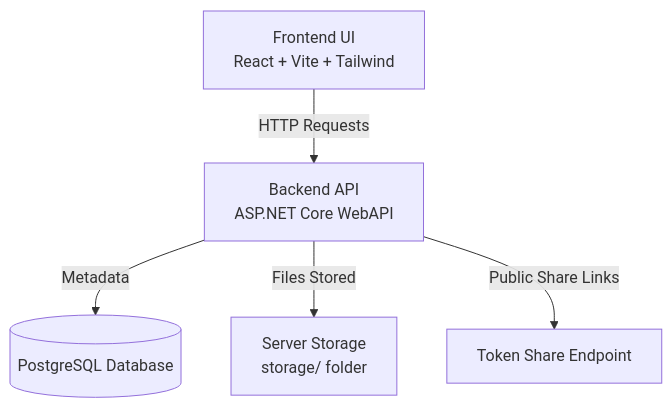
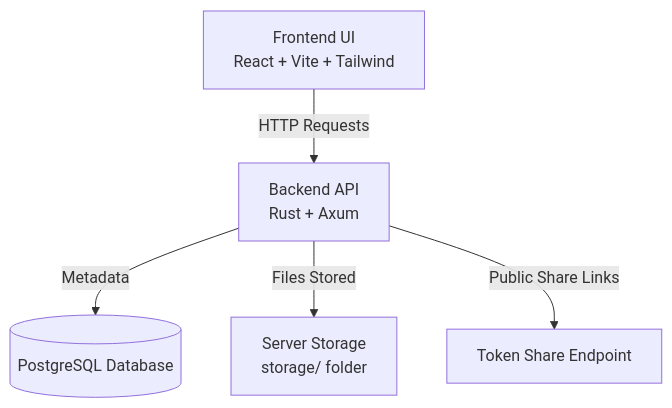
Before and after one commit to rillToMe/PeakDrive: the diagram in README.md, drawn with Mermaid. The commit also changed other lines of this file and 83 other files, not shown here.

````diff
--- a/README.md
+++ b/README.md
@@ -32,10 +33,10 @@
 ```mermaid
 flowchart TD
 
-    UI[Frontend UI<br/>React + Vite + Tailwind] -->|HTTP Requests| API[Backend API<br/>ASP.NET Core WebAPI]
+    UI[Frontend UI<br/>React + Vite + Tailwind] -->|HTTP Requests| API[Backend API<br/>Rust + Axum]
 
     API -->|Metadata| DB[(PostgreSQL Database)]
     API -->|Files Stored| ST[Server Storage<br/>storage/ folder]
 
     API -->|Public Share Links| Share[Token Share Endpoint]
 ```
````
